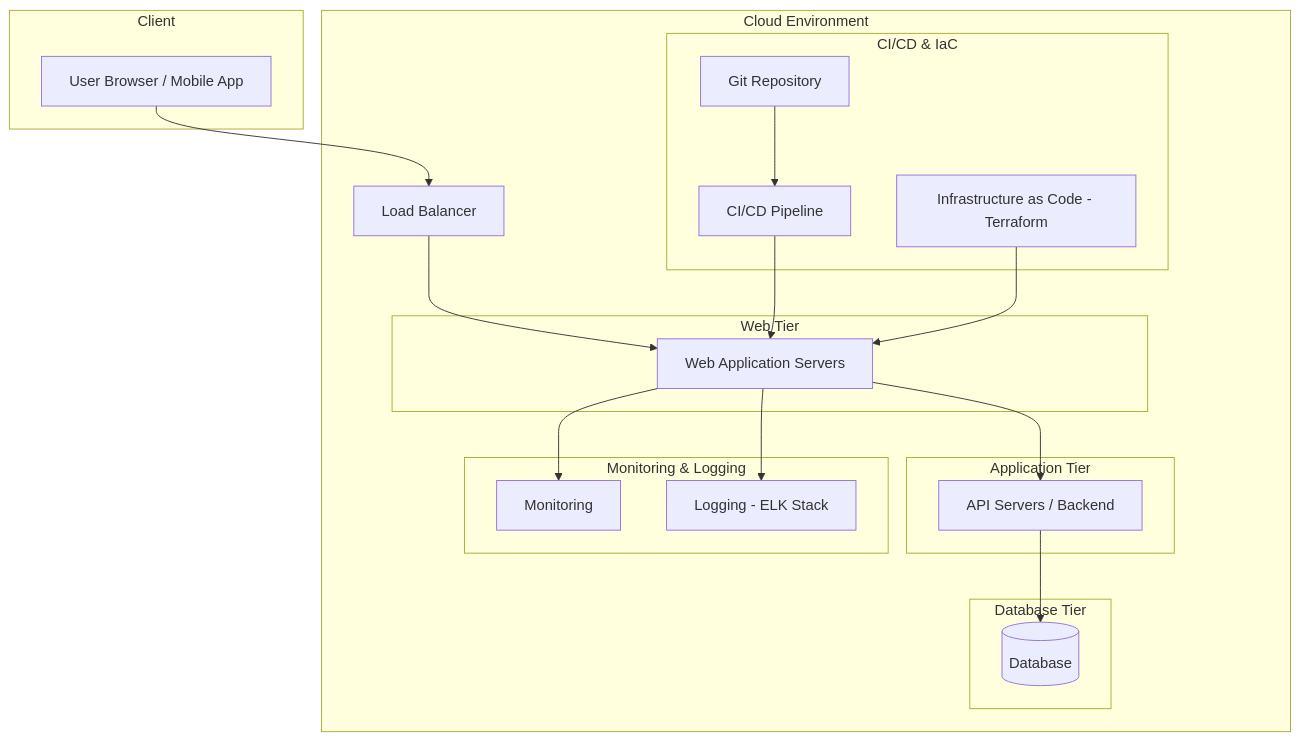
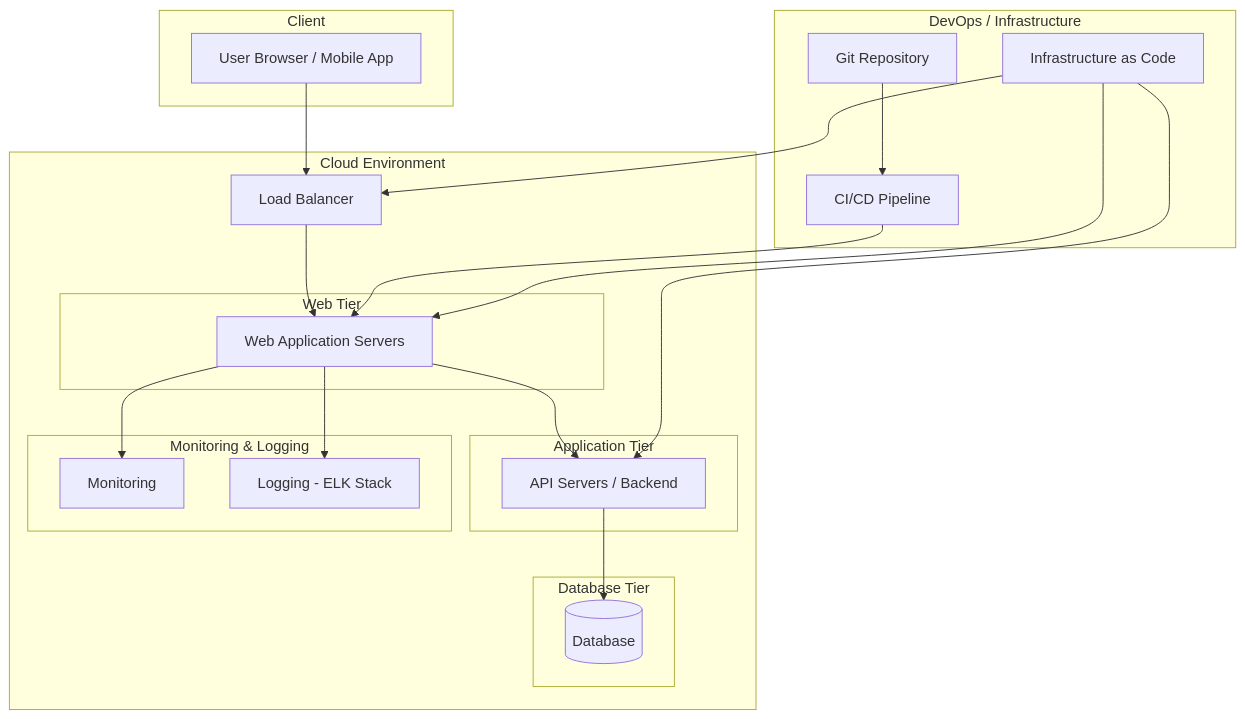
One commit to uploadtigris/project_CloudChef changed the diagram in README.md. Above: the diagram before and after it, drawn with Mermaid.

````diff
--- a/README.md
+++ b/README.md
@@ -41,34 +41,37 @@
 ```mermaid
 graph TD
     subgraph Client
         Browser[User Browser / Mobile App]
     end
 
     subgraph "Cloud Environment"
         LB[Load Balancer]
         subgraph "Web Tier"
             WebApp[Web Application Servers]
         end
         subgraph "Application Tier"
             API[API Servers / Backend]
         end
         subgraph "Database Tier"
             DB[(Database)]
         end
-        subgraph "CI/CD & IaC"
-            Git[Git Repository]
-            Pipeline[CI/CD Pipeline]
-            Terraform["Infrastructure as Code - Terraform"]
-        end
         subgraph "Monitoring & Logging"
             Prometheus[Monitoring]
             ELK[Logging - ELK Stack]
         end
     end
 
+    subgraph "DevOps / Infrastructure"
+        Git[Git Repository]
+        Pipeline[CI/CD Pipeline]
+        Terraform["Infrastructure as Code"]
+    end
+
     Browser --> LB --> WebApp --> API --> DB
     Git --> Pipeline --> WebApp
+    Terraform --> LB
     Terraform --> WebApp
+    Terraform --> API
     WebApp --> Prometheus
     WebApp --> ELK
 ```
````
